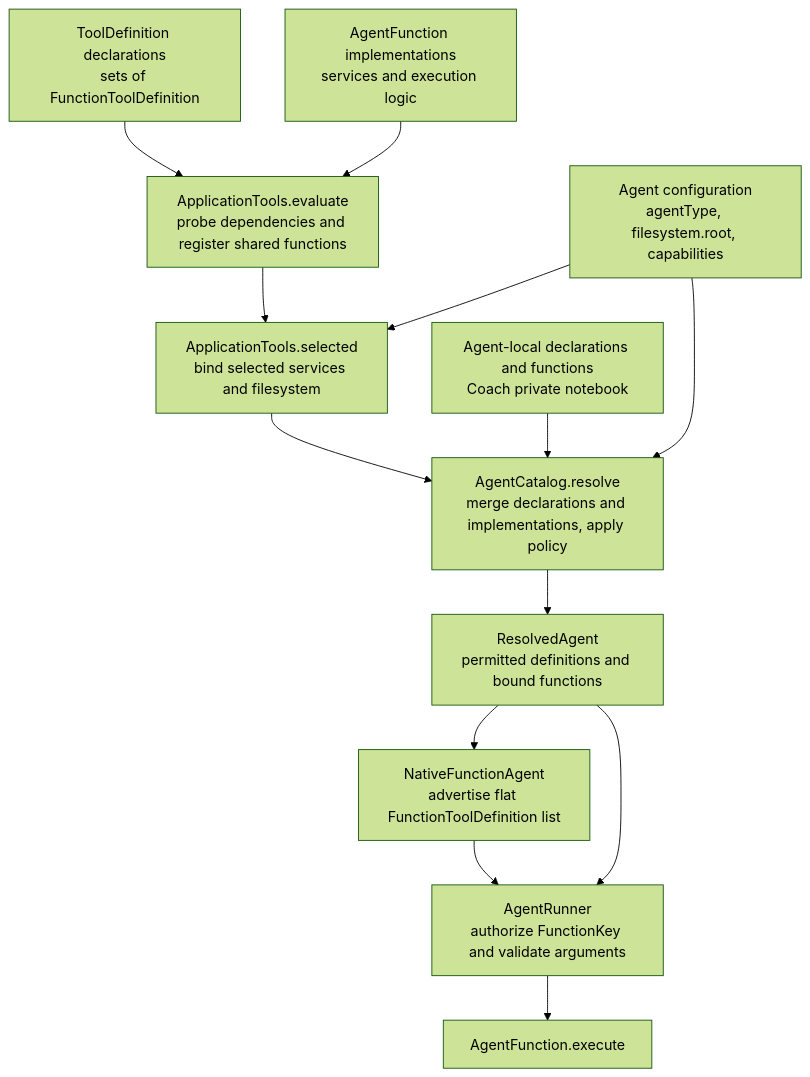
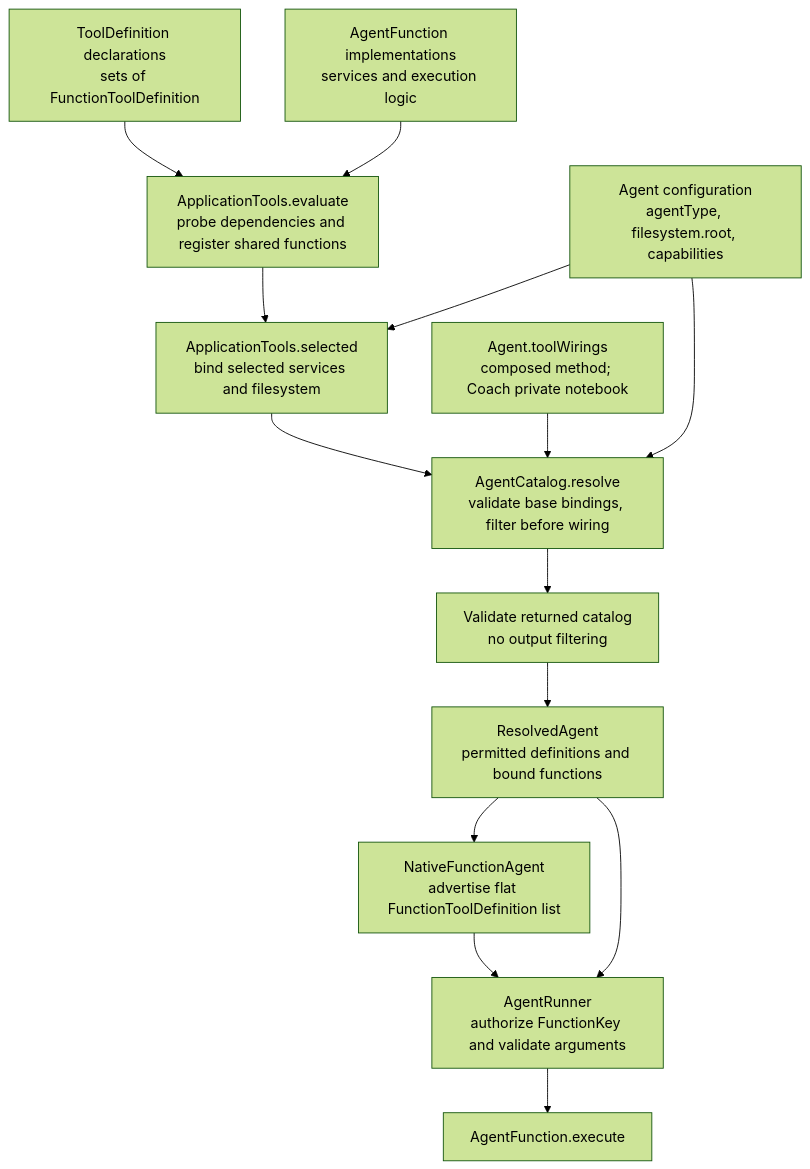
The diagram in docs/SERVICE_TOOLS_WIRING.md (FabioPinheiro/yallmo), drawn with Mermaid (forest theme) before and after one commit. The commit also changed other lines of this file and 94 other files, not shown here.

First line of the commit message:
Add agent-owned tool wiring and compiled Scalamode services

````diff
--- a/docs/SERVICE_TOOLS_WIRING.md
+++ b/docs/SERVICE_TOOLS_WIRING.md
@@ -33,15 +36,16 @@
 ```mermaid
 flowchart TD
     Definitions["ToolDefinition declarations<br/>sets of FunctionToolDefinition"] --> Register["ApplicationTools.evaluate<br/>probe dependencies and register shared functions"]
     Implementations["AgentFunction implementations<br/>services and execution logic"] --> Register
     Register --> Bind["ApplicationTools.selected<br/>bind selected services and filesystem"]
     Config["Agent configuration<br/>agentType, filesystem.root, capabilities"] --> Bind
-    Bind --> Policy["AgentCatalog.resolve<br/>merge declarations and implementations, apply policy"]
-    Local["Agent-local declarations and functions<br/>Coach private notebook"] --> Policy
+    Bind --> Policy["AgentCatalog.resolve<br/>validate base bindings, filter before wiring"]
+    Local["Agent.toolWirings<br/>composed method; Coach private notebook"] --> Policy
+    Policy --> Stages["Validate returned catalog<br/>no output filtering"]
     Config --> Policy
-    Policy --> Agent["ResolvedAgent<br/>permitted definitions and bound functions"]
+    Stages --> Agent["ResolvedAgent<br/>permitted definitions and bound functions"]
     Agent --> Model["NativeFunctionAgent<br/>advertise flat FunctionToolDefinition list"]
     Model --> Runner["AgentRunner<br/>authorize FunctionKey and validate arguments"]
     Agent --> Runner
     Runner --> Execute["AgentFunction.execute"]
 ```
````
